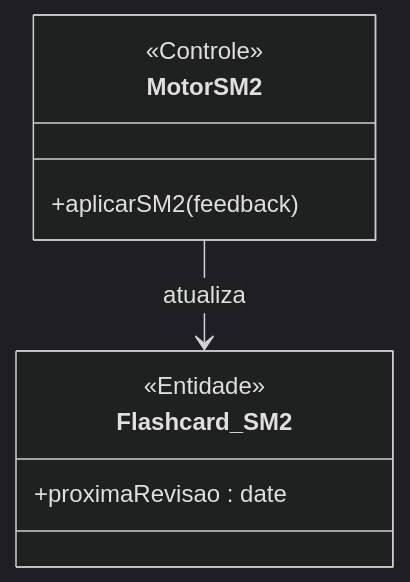
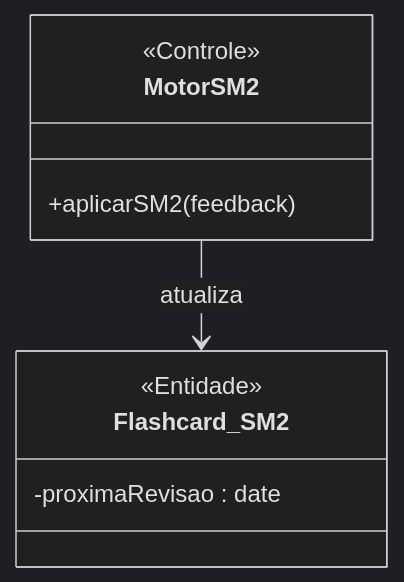
The first of 2 diagrams in 02_Modelagem_UML_Astah/UC09_Estudar_Flashcards/README.md (MayconDIS/PIM_III-Documentacao_UML), drawn with Mermaid (dark theme) before and after one commit. The commit also changed other lines of this file and 14 other files, not shown here.

Commit message:
docs(casos-uso): injeta fluxos normais e alternativos nos READMEs e atualiza mermaid

````diff
--- a/02_Modelagem_UML_Astah/UC09_Estudar_Flashcards/README.md
+++ b/02_Modelagem_UML_Astah/UC09_Estudar_Flashcards/README.md
@@ -51,12 +55,12 @@
 ```mermaid
 classDiagram
     class MotorSM2 {
         <<Controle>>
         +aplicarSM2(feedback)
     }
     class Flashcard_SM2 {
         <<Entidade>>
-        +proximaRevisao : date
+        -proximaRevisao : date
     }
     MotorSM2 --> Flashcard_SM2 : atualiza
 ```
````
